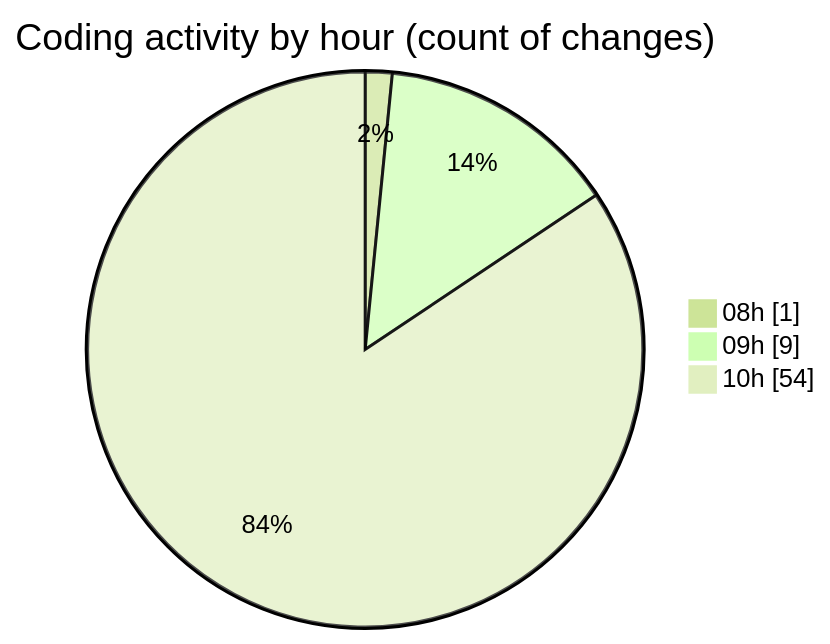
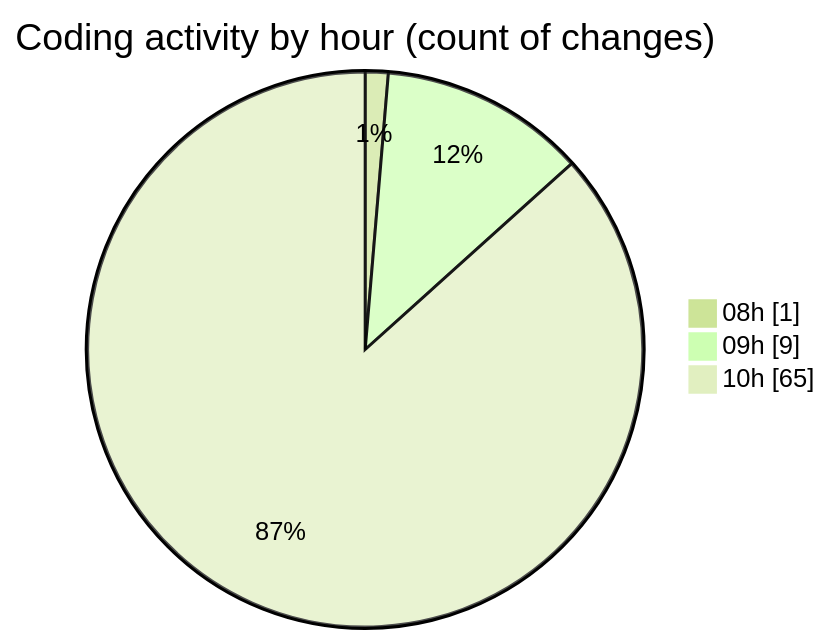
The second of 2 diagrams in 2025-04-04/jsvms/README.md (BS-eng2023/code-tracking), drawn with Mermaid (forest theme) before and after one commit. The commit also changed other lines of this file and 1 other file, not shown here.

````diff
--- a/2025-04-04/jsvms/README.md
+++ b/2025-04-04/jsvms/README.md
@@ -37,7 +37,7 @@
 ```mermaid
 pie showData
 title Coding activity by hour (count of changes)
 "08h" : 1
 "09h" : 9
-"10h" : 54
+"10h" : 65
 ```
````
